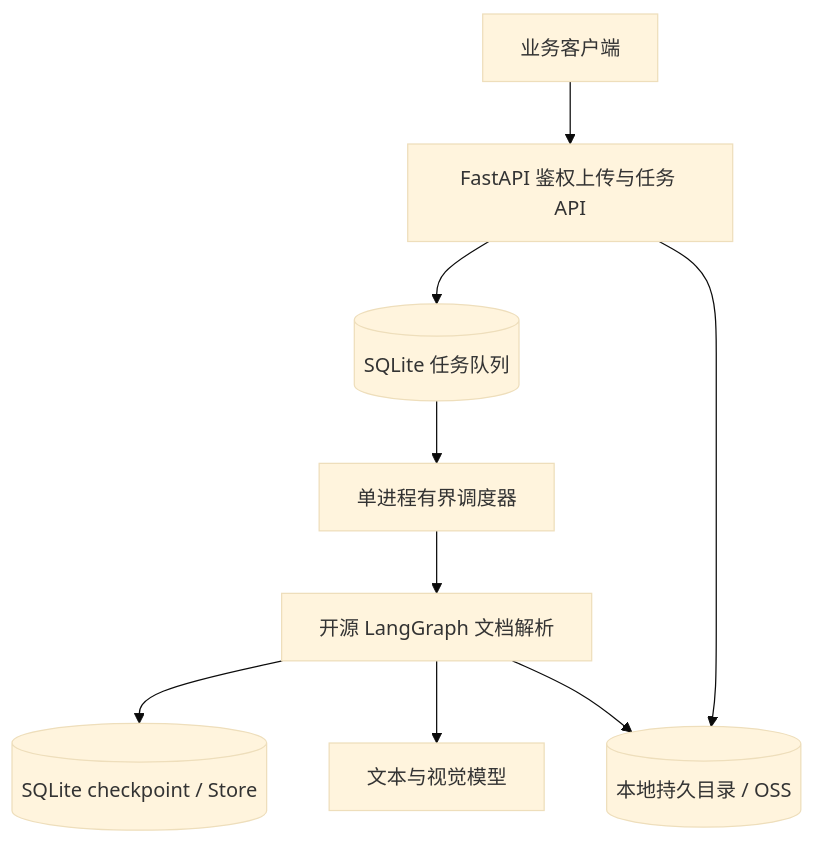
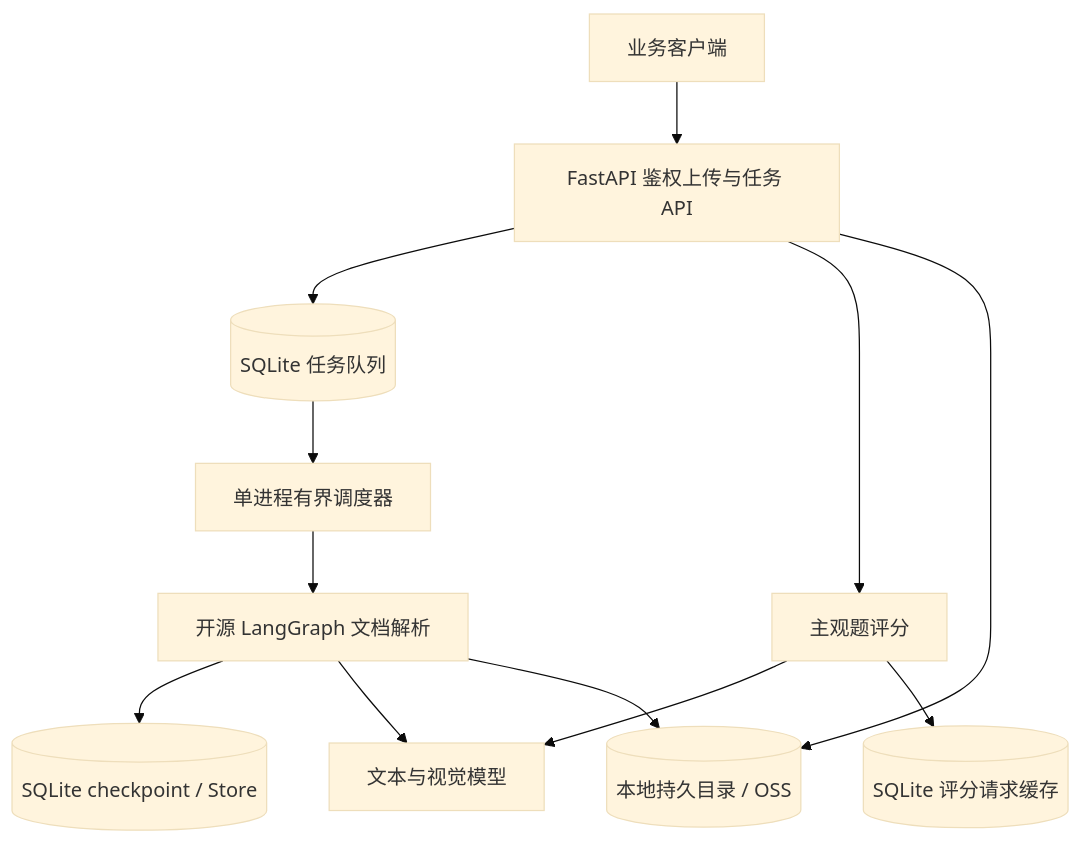
One commit to shenyankm/PractiQ changed the diagram in server/docs/service-guide.md. Above: the diagram before and after it, drawn with Mermaid (base theme). The commit also changed other lines of this file and 7 other files, not shown here.

````diff
--- a/server/docs/service-guide.md
+++ b/server/docs/service-guide.md
@@ -84,11 +166,14 @@
 ```mermaid
 graph TD
     Client[业务客户端] --> API[FastAPI 鉴权上传与任务 API]
     API --> DB[(SQLite 任务队列)]
     DB --> Runner[单进程有界调度器]
     Runner --> Graph[开源 LangGraph 文档解析]
     Graph --> State[(SQLite checkpoint / Store)]
     Graph --> Model[文本与视觉模型]
+    API --> Grading[主观题评分]
+    Grading --> Model
+    Grading --> Grades[(SQLite 评分请求缓存)]
     API --> Files[(本地持久目录 / OSS)]
     Graph --> Files
 ```
````
